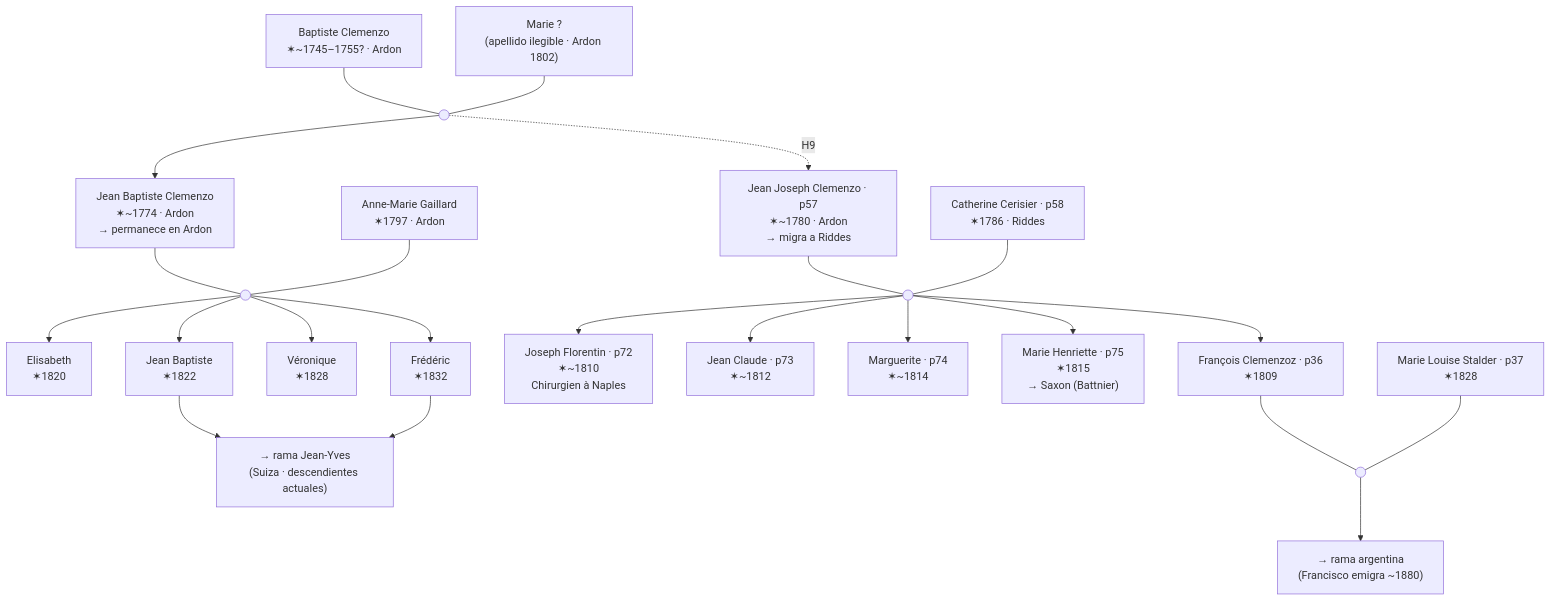
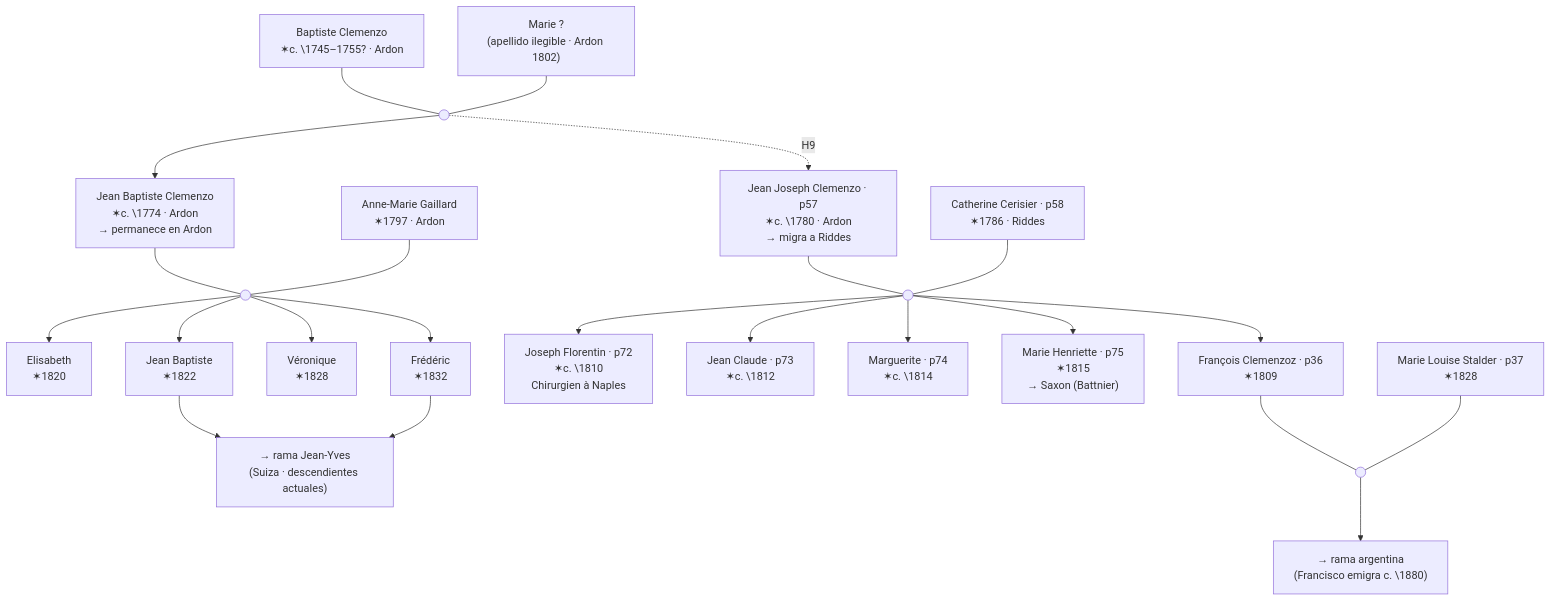
The second of 2 diagrams in content/posts/clan-clemenzo.md (cmzo/web-genealogia), drawn with Mermaid before and after one commit. The commit also changed other lines of this file and 1 other file, not shown here.

````diff
--- a/content/posts/clan-clemenzo.md
+++ b/content/posts/clan-clemenzo.md
@@ -650,56 +650,56 @@
 ```mermaid
 flowchart TD
-    BAP["Baptiste Clemenzo\n✶~1745–1755? · Ardon"]
+    BAP["Baptiste Clemenzo\n✶c. \1745–1755? · Ardon"]
     MUNK["Marie ?\n(apellido ilegible · Ardon 1802)"]
     m1(( ))
 
-    JBC["Jean Baptiste Clemenzo\n✶~1774 · Ardon\n→ permanece en Ardon"]
-    JJ["Jean Joseph Clemenzo · p57\n✶~1780 · Ardon\n→ migra a Riddes"]
+    JBC["Jean Baptiste Clemenzo\n✶c. \1774 · Ardon\n→ permanece en Ardon"]
+    JJ["Jean Joseph Clemenzo · p57\n✶c. \1780 · Ardon\n→ migra a Riddes"]
 
     AGG["Anne-Marie Gaillard\n✶1797 · Ardon"]
     CC["Catherine Cerisier · p58\n✶1786 · Riddes"]
 
     m2(( ))
     m3(( ))
 
     ELI["Elisabeth\n✶1820"]
     JYB["Jean Baptiste\n✶1822"]
     VER["Véronique\n✶1828"]
     FRD["Frédéric\n✶1832"]
     JY["→ rama Jean-Yves\n(Suiza · descendientes actuales)"]
 
-    JF["Joseph Florentin · p72\n✶~1810\nChirurgien à Naples"]
-    JCL["Jean Claude · p73\n✶~1812"]
-    MAR["Marguerite · p74\n✶~1814"]
+    JF["Joseph Florentin · p72\n✶c. \1810\nChirurgien à Naples"]
+    JCL["Jean Claude · p73\n✶c. \1812"]
+    MAR["Marguerite · p74\n✶c. \1814"]
     MH["Marie Henriette · p75\n✶1815\n→ Saxon (Battnier)"]
     FR["François Clemenzoz · p36\n✶1809"]
 
     MLS["Marie Louise Stalder · p37\n✶1828"]
     m5(( ))
 
     BAP --- m1
     MUNK --- m1
     m1 --> JBC
     m1 -.->|"H9"| JJ
 
     JBC --- m2
     AGG --- m2
     m2 --> ELI
     m2 --> JYB
     m2 --> VER
     m2 --> FRD
     JYB --> JY
     FRD --> JY
 
     JJ --- m3
     CC --- m3
     m3 --> JF
     m3 --> JCL
     m3 --> MAR
     m3 --> MH
     m3 --> FR
 
     FR --- m5
     MLS --- m5
-    m5 --> ARG["→ rama argentina\n(Francisco emigra ~1880)"]
+    m5 --> ARG["→ rama argentina\n(Francisco emigra c. \1880)"]
 ```
````
